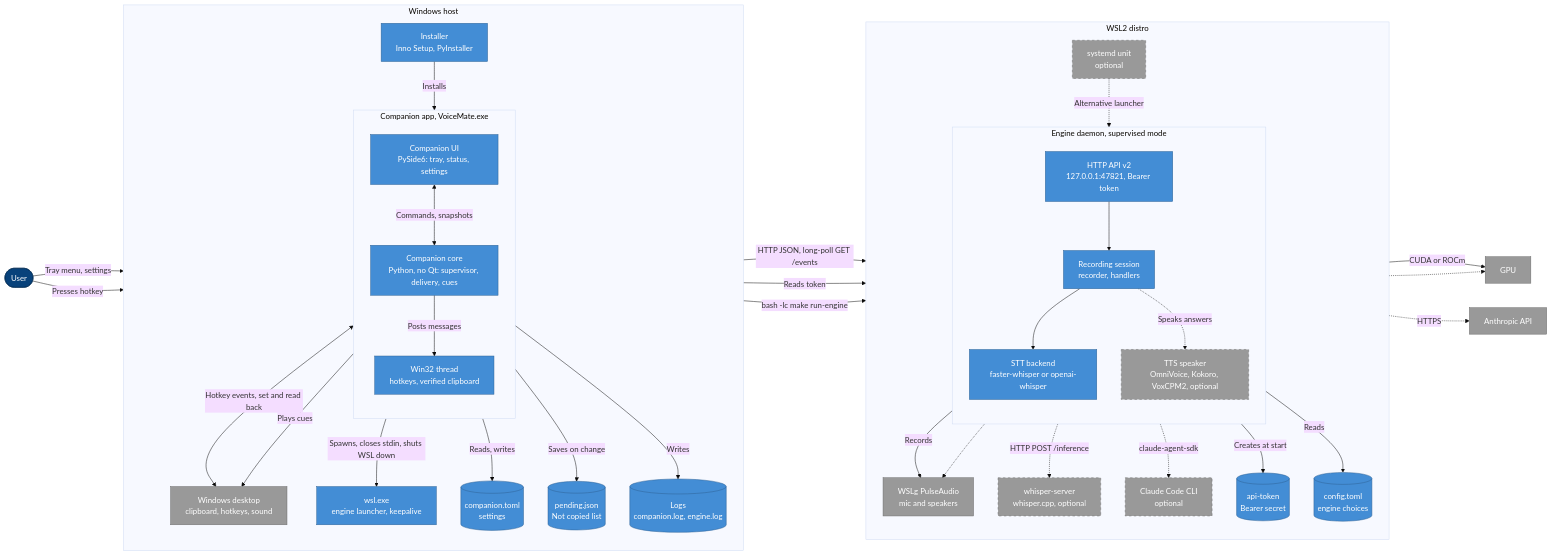
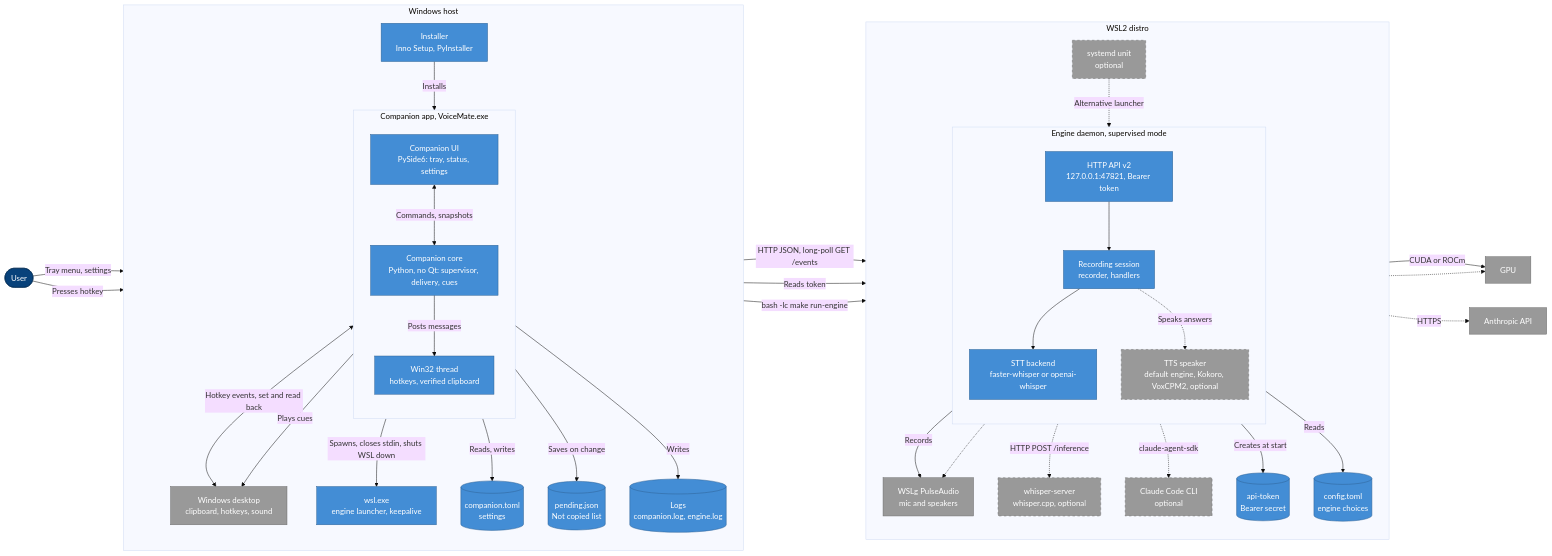
The second of 8 diagrams in docs/architecture.md (nano-br/voice-mate), drawn with Mermaid (base theme) before and after one commit. The commit also changed other lines of this file and 9 other files, not shown here.

First line of the commit message:
docs: drop the product name of the default TTS engine from the docs

````diff
--- a/docs/architecture.md
+++ b/docs/architecture.md
@@ -65,79 +65,79 @@
 ```mermaid
 flowchart LR
     user(["User"])
 
     subgraph windows["Windows host"]
         direction TB
         installer["Installer<br/>Inno Setup, PyInstaller"]
         subgraph companion["Companion app, VoiceMate.exe"]
             direction TB
             ui["Companion UI<br/>PySide6: tray, status, settings"]
             core["Companion core<br/>Python, no Qt: supervisor, delivery, cues"]
             w32["Win32 thread<br/>hotkeys, verified clipboard"]
         end
         wslexe["wsl.exe<br/>engine launcher, keepalive"]
         desk["Windows desktop<br/>clipboard, hotkeys, sound"]
         toml[("companion.toml<br/>settings")]
         pending[("pending.json<br/>Not copied list")]
         logs[("Logs<br/>companion.log, engine.log")]
     end
 
     subgraph wsl2["WSL2 distro"]
         direction TB
         subgraph daemon["Engine daemon, supervised mode"]
             direction TB
             api["HTTP API v2<br/>127.0.0.1:47821, Bearer token"]
             engine["Recording session<br/>recorder, handlers"]
             stt["STT backend<br/>faster-whisper or openai-whisper"]
-            tts["TTS speaker<br/>OmniVoice, Kokoro, VoxCPM2, optional"]
+            tts["TTS speaker<br/>default engine, Kokoro, VoxCPM2, optional"]
         end
         wserver["whisper-server<br/>whisper.cpp, optional"]
         claude["Claude Code CLI<br/>optional"]
         pulse["WSLg PulseAudio<br/>mic and speakers"]
         cfg[("config.toml<br/>engine choices")]
         token[("api-token<br/>Bearer secret")]
         unit["systemd unit<br/>optional"]
     end
 
     gpu["GPU"]
     anthropic["Anthropic API"]
 
     user -->|"Tray menu, settings"| ui
     user -->|"Presses hotkey"| desk
     installer -->|"Installs"| companion
     ui <-->|"Commands, snapshots"| core
     core -->|"Posts messages"| w32
     w32 <-->|"Hotkey events, set and read back"| desk
     core -->|"Plays cues"| desk
     core -->|"HTTP JSON, long-poll GET /events"| api
     core -->|"Spawns, closes stdin, shuts WSL down"| wslexe
     wslexe -->|"bash -lc make run-engine"| daemon
     wslexe -->|"Reads token"| token
     core -->|"Reads, writes"| toml
     core -->|"Saves on change"| pending
     core -->|"Writes"| logs
     api --> engine
     engine -->|"Records"| pulse
     engine --> stt
     stt -->|"CUDA or ROCm"| gpu
     engine -.->|"HTTP POST /inference"| wserver
     wserver -.-> gpu
     engine -.->|"claude-agent-sdk"| claude
     claude -.->|"HTTPS"| anthropic
     engine -.->|"Speaks answers"| tts
     tts -.-> pulse
     daemon -->|"Creates at start"| token
     daemon -->|"Reads"| cfg
     unit -.->|"Alternative launcher"| daemon
 
     classDef person fill:#08427b,stroke:#052e56,color:#ffffff
     classDef container fill:#438dd5,stroke:#2e6295,color:#ffffff
     classDef store fill:#438dd5,stroke:#2e6295,color:#ffffff
     classDef external fill:#999999,stroke:#6b6b6b,color:#ffffff
     classDef optional fill:#999999,stroke:#6b6b6b,color:#ffffff,stroke-dasharray:5 5
     class user person
     class installer,ui,core,w32,wslexe,api,engine,stt container
     class toml,pending,logs,cfg,token store
     class desk,pulse,gpu,anthropic external
     class wserver,claude,tts,unit optional
 ```
````
